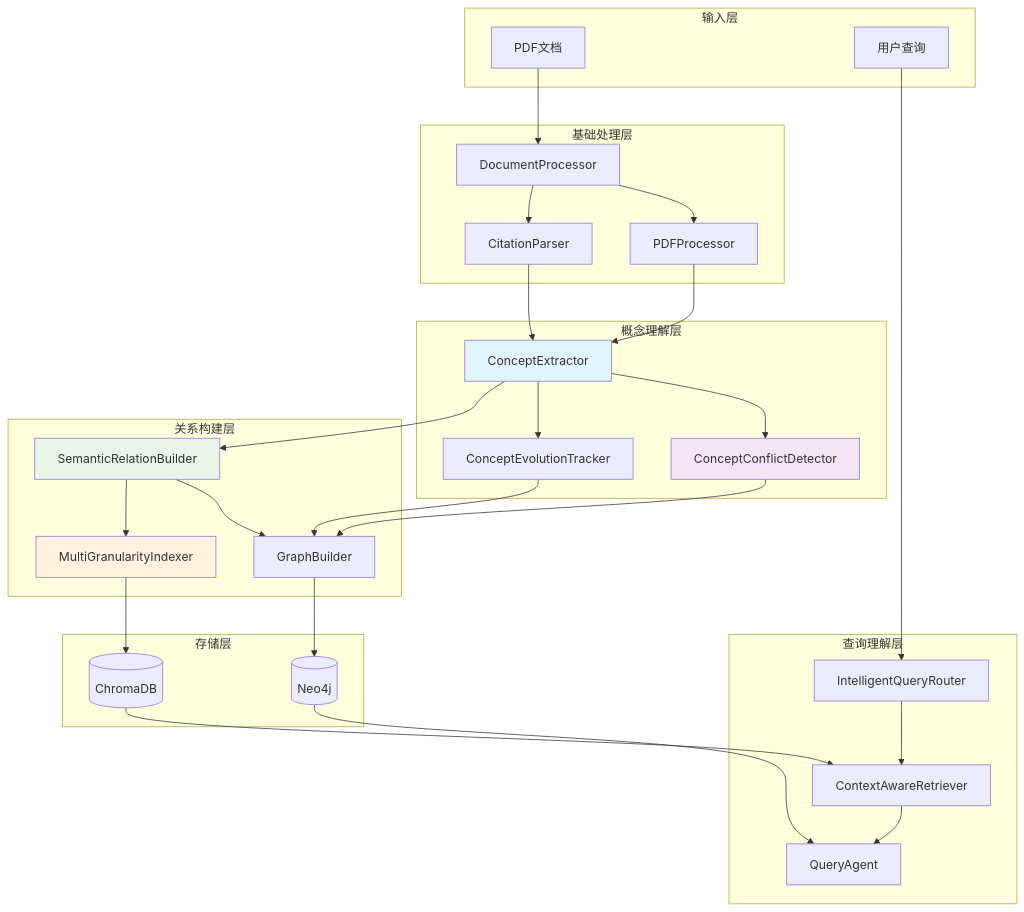
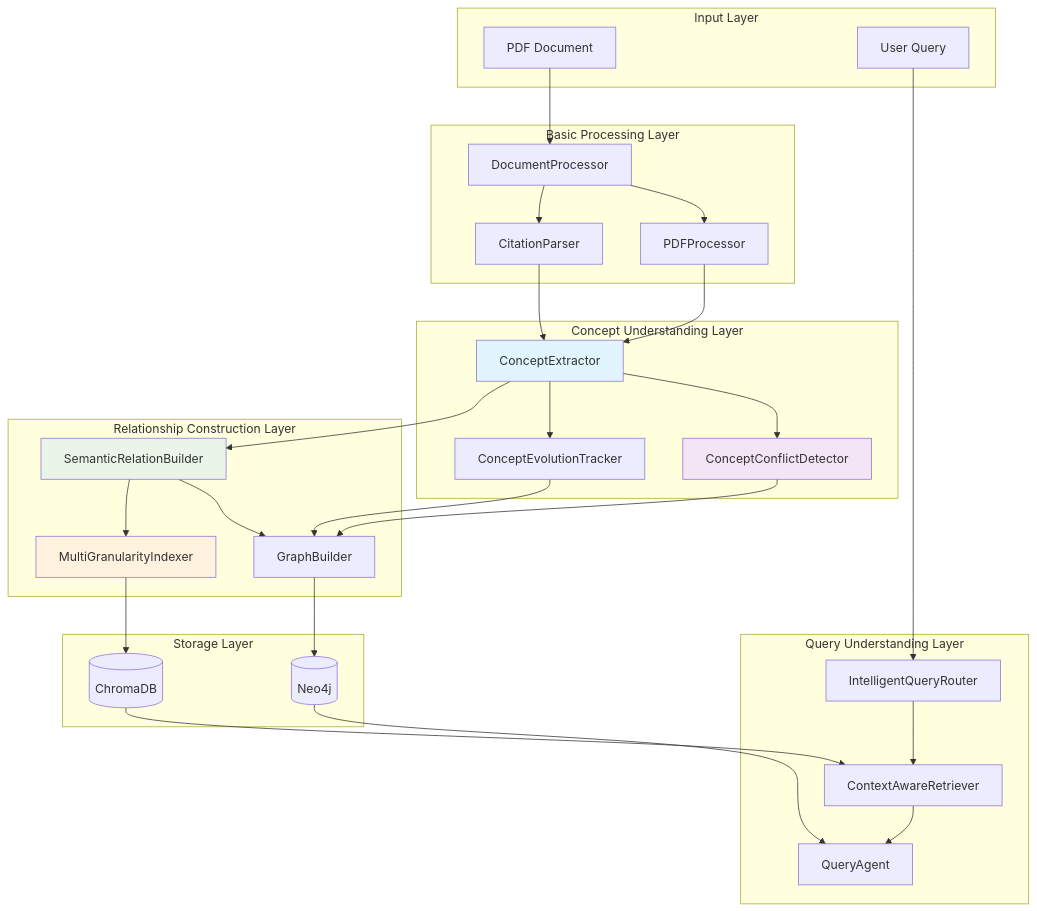
One commit to Tiresiasel/CiteWeave changed the third of 3 diagrams in product_planning/PRODUCT_SPEC.md. Above: the diagram before and after it, drawn with Mermaid. The commit also changed other lines of this file and 34 other files, not shown here.

````diff
--- a/product_planning/PRODUCT_SPEC.md
+++ b/product_planning/PRODUCT_SPEC.md
@@ -819,67 +819,67 @@
 ```mermaid
 graph TB
-    subgraph "输入层"
-        PDF[PDF文档]
-        Query[用户查询]
+    subgraph "Input Layer"
+        PDF[PDF Document]
+        Query[User Query]
     end
     
-    subgraph "基础处理层"
+    subgraph "Basic Processing Layer"
         DP[DocumentProcessor]
         PP[PDFProcessor]
         CP[CitationParser]
     end
     
-    subgraph "概念理解层"
+    subgraph "Concept Understanding Layer"
         CE[ConceptExtractor]
         CCD[ConceptConflictDetector]
         CET[ConceptEvolutionTracker]
     end
     
-    subgraph "关系构建层"
+    subgraph "Relationship Construction Layer"
         SRB[SemanticRelationBuilder]
         GB[GraphBuilder]
         MGI[MultiGranularityIndexer]
     end
     
-    subgraph "查询理解层"
+    subgraph "Query Understanding Layer"
         IQR[IntelligentQueryRouter]
         CAR[ContextAwareRetriever]
         QA[QueryAgent]
     end
     
-    subgraph "存储层"
+    subgraph "Storage Layer"
         Neo4j[(Neo4j)]
         Chroma[(ChromaDB)]
     end
     
     PDF --> DP
     DP --> PP
     DP --> CP
     
     PP --> CE
     CP --> CE
     
     CE --> CCD
     CE --> CET
     CE --> SRB
     
     CCD --> GB
     CET --> GB
     SRB --> GB
     SRB --> MGI
     
     Query --> IQR
     IQR --> CAR
     CAR --> QA
     
     GB --> Neo4j
     MGI --> Chroma
     
     Neo4j --> QA
     Chroma --> CAR
     
     style CE fill:#e1f5fe
     style CCD fill:#f3e5f5
     style SRB fill:#e8f5e8
     style MGI fill:#fff3e0
 ```
````
